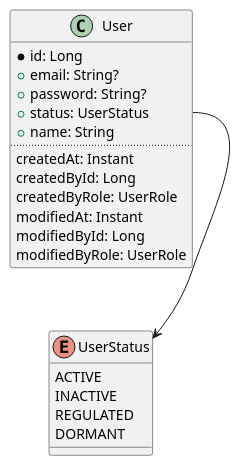
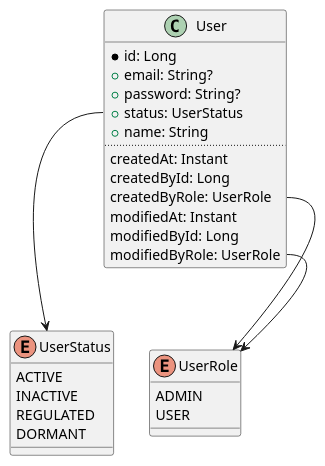
One commit to sweav-org/sweav-uml changed the diagram in class/user/user.puml. Above: the diagram before and after it, drawn with PlantUML. The commit also changed 3 other files, not shown here.

Commit message:
유저 디바이스 클래스 다이어그램 추가

```diff
--- a/class/user/user.puml
+++ b/class/user/user.puml
@@ -1,28 +1,35 @@
 @startuml
 'https://plantuml.com/class-diagram
 
 class User {
   *id: Long
   +email: String?
   +password: String?
   +status: UserStatus
   +name: String
   ..
   createdAt: Instant
   createdById: Long
   createdByRole: UserRole
   modifiedAt: Instant
   modifiedById: Long
   modifiedByRole: UserRole
 }
 
 enum UserStatus {
   ACTIVE
   INACTIVE
   REGULATED
   DORMANT
 }
 
+enum UserRole {
+  ADMIN
+  USER
+}
+
 User::status --> UserStatus
+User::createdByRole --> UserRole
+User::modifiedByRole --> UserRole
 
 @enduml
```
